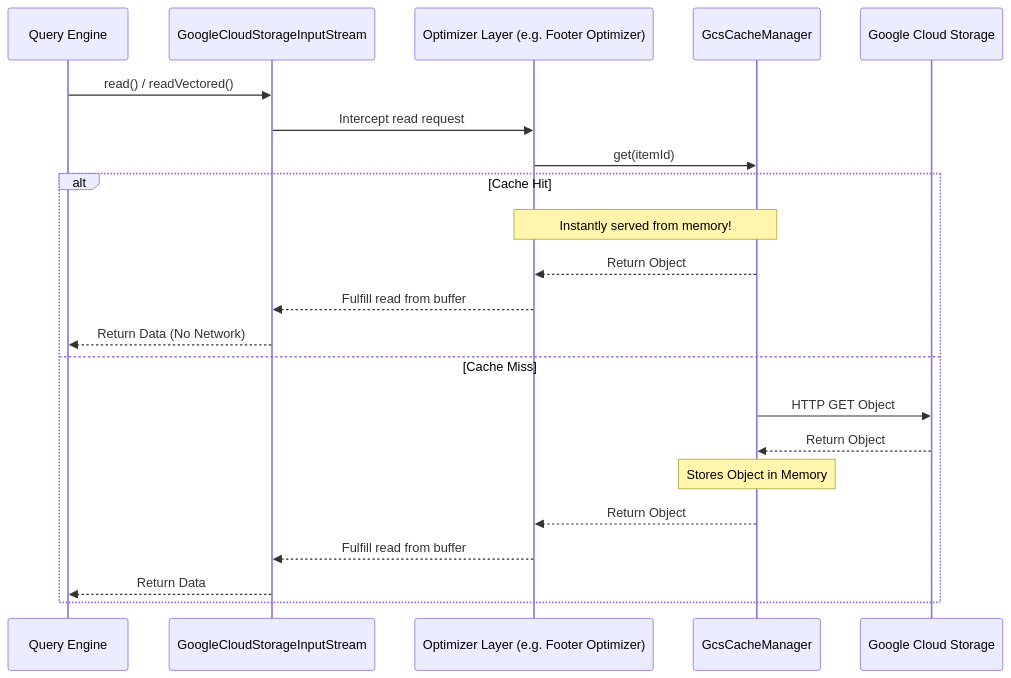
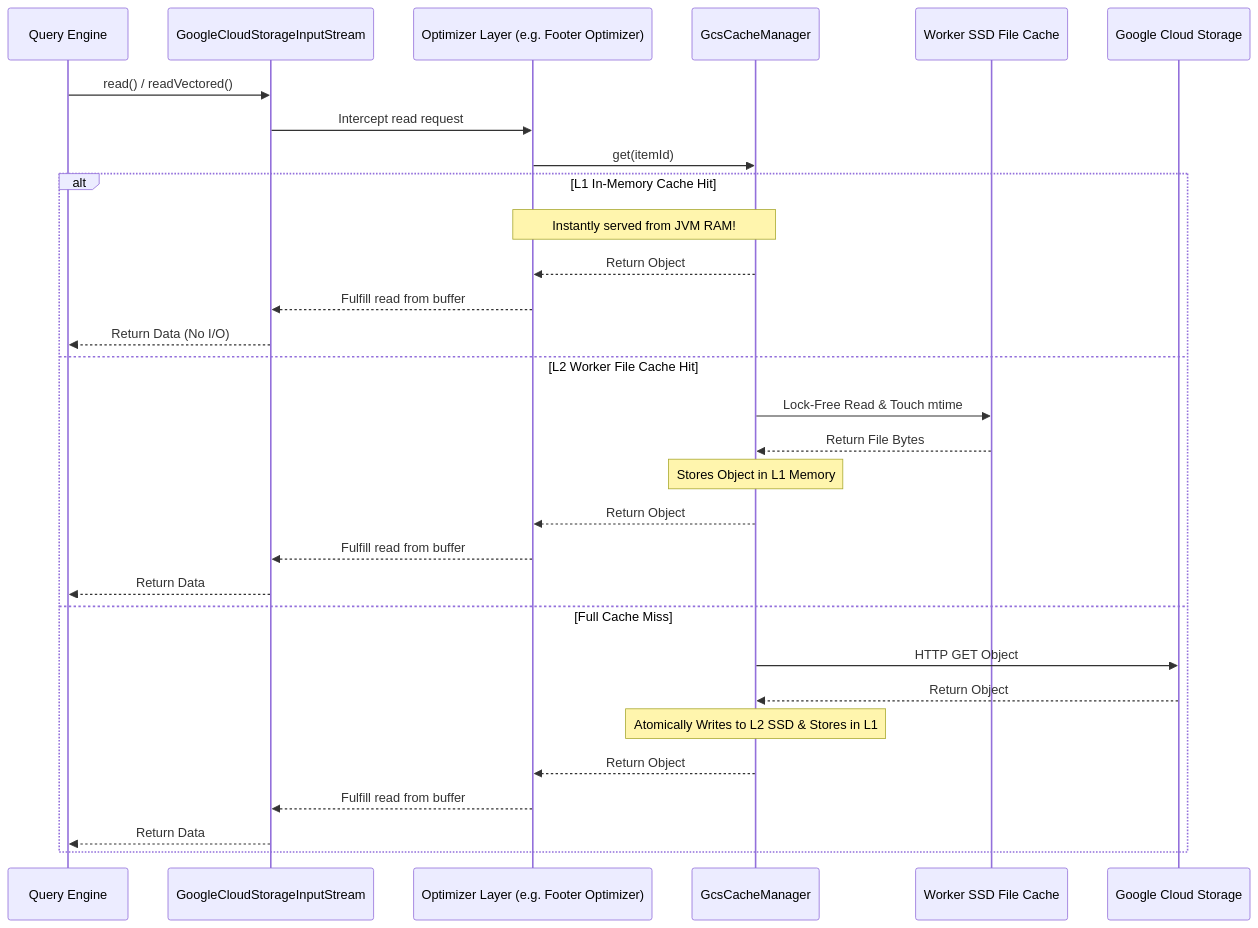
Before and after one commit to prudhvimaharishi/gcs-analytics-core: the diagram in docs/optimizations/caching.md, drawn with Mermaid. The commit also changed other lines of this file and 9 other files, not shown here.

Commit message:
Worker level cache

````diff
--- a/docs/optimizations/caching.md
+++ b/docs/optimizations/caching.md
@@ -11,26 +14,34 @@
 ```mermaid
 sequenceDiagram
     participant App as Query Engine
     participant Stream as GoogleCloudStorageInputStream
     participant OptLayer as Optimizer Layer (e.g. Footer Optimizer)
     participant Cache as GcsCacheManager
+    participant SSD as Worker SSD File Cache
     participant GCS as Google Cloud Storage
 
     App->>Stream: read() / readVectored()
     Stream->>OptLayer: Intercept read request
     OptLayer->>Cache: get(itemId)
 
-    alt Cache Hit
-        Note over Cache, OptLayer: Instantly served from memory!
+    alt L1 In-Memory Cache Hit
+        Note over Cache, OptLayer: Instantly served from JVM RAM!
         Cache-->>OptLayer: Return Object
         OptLayer-->>Stream: Fulfill read from buffer
-        Stream-->>App: Return Data (No Network)
-    else Cache Miss
+        Stream-->>App: Return Data (No I/O)
+    else L2 Worker File Cache Hit
+        Cache->>SSD: Lock-Free Read & Touch mtime
+        SSD-->>Cache: Return File Bytes
+        Note over Cache: Stores Object in L1 Memory
+        Cache-->>OptLayer: Return Object
+        OptLayer-->>Stream: Fulfill read from buffer
+        Stream-->>App: Return Data
+    else Full Cache Miss
         Cache->>GCS: HTTP GET Object
         GCS-->>Cache: Return Object
-        Note over Cache: Stores Object in Memory
+        Note over Cache: Atomically Writes to L2 SSD & Stores in L1
         Cache-->>OptLayer: Return Object
         OptLayer-->>Stream: Fulfill read from buffer
         Stream-->>App: Return Data
     end
 ```
````
